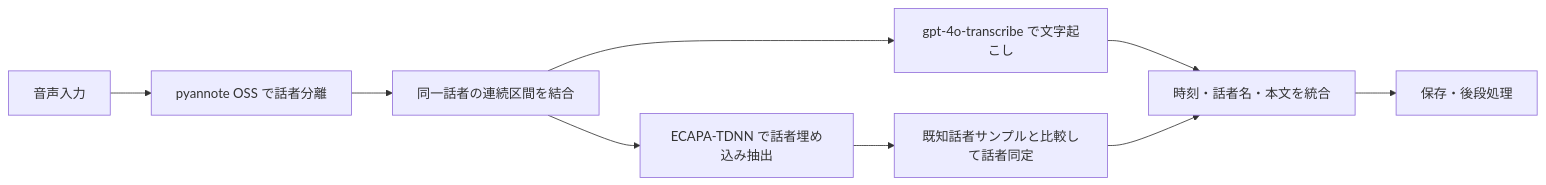
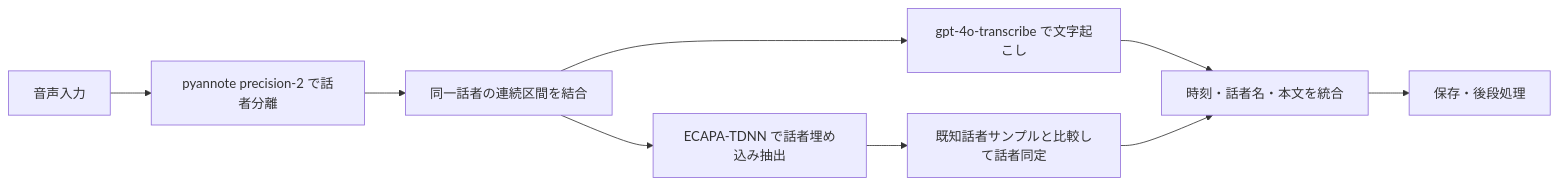
Before and after one commit to kazuhideoki/diarize-log: the diagram in docs/backlog/transcription-pipeline-direction-20260422.md, drawn with Mermaid. The commit also changed other lines of this file and 26 other files, not shown here.

````diff
--- a/docs/backlog/transcription-pipeline-direction-20260422.md
+++ b/docs/backlog/transcription-pipeline-direction-20260422.md
@@ -55,11 +55,11 @@
 ```mermaid
 flowchart LR
-  A[音声入力] --> B[pyannote OSS で話者分離]
+  A[音声入力] --> B[pyannote precision-2 で話者分離]
   B --> C[同一話者の連続区間を結合]
   C --> D[gpt-4o-transcribe で文字起こし]
   C --> E[ECAPA-TDNN で話者埋め込み抽出]
   E --> F[既知話者サンプルと比較して話者同定]
   D --> G[時刻・話者名・本文を統合]
   F --> G
   G --> H[保存・後段処理]
 ```
````
